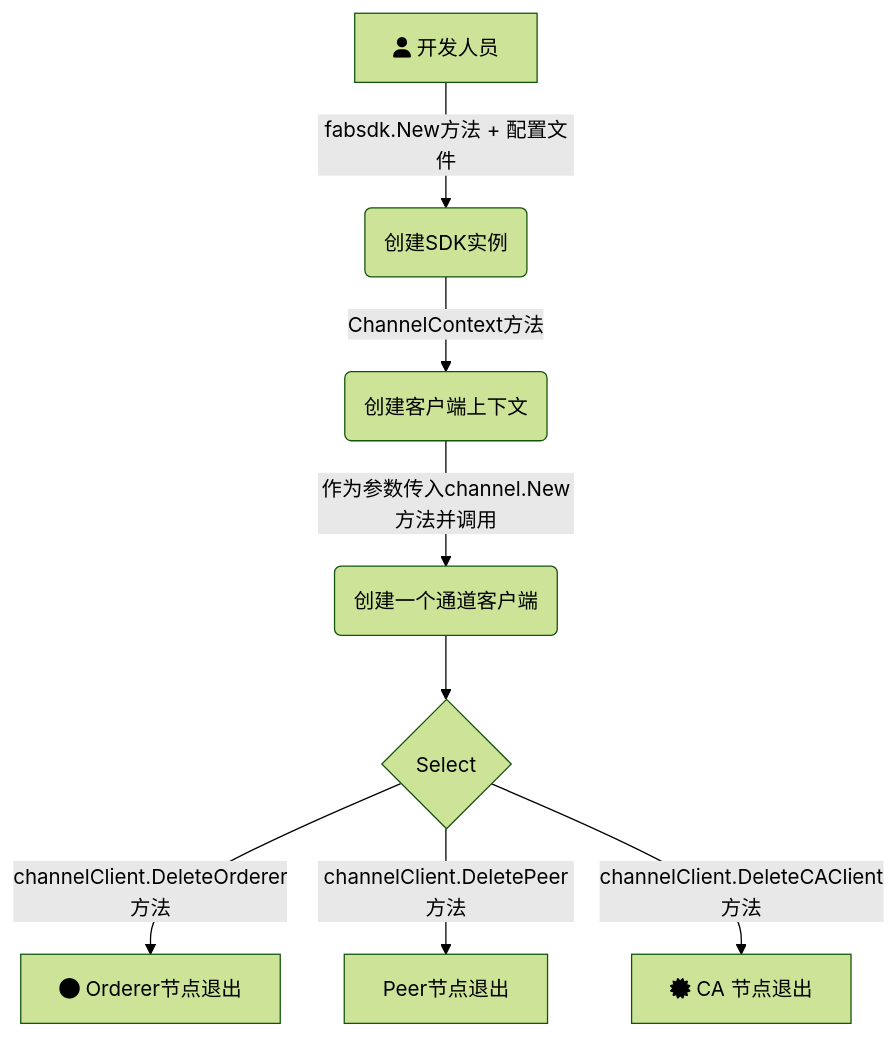
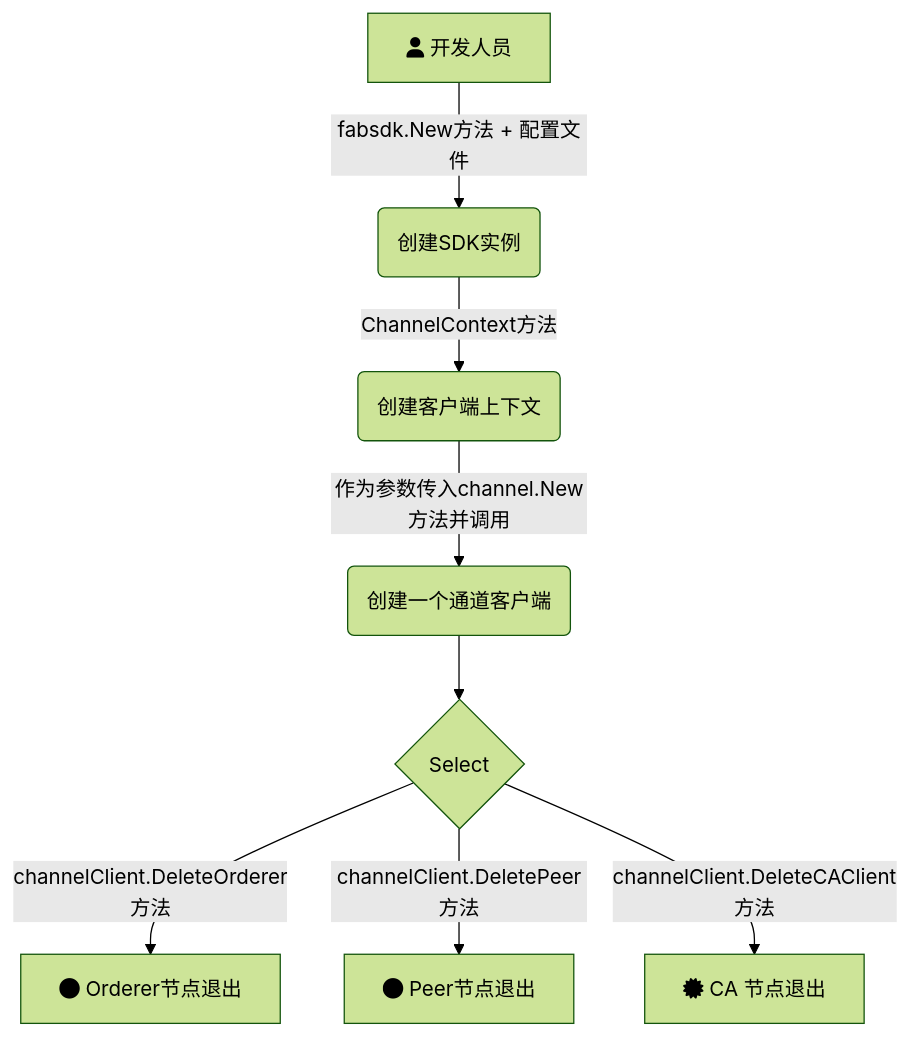
Before and after one commit to Utekichan/iodraw-files: the diagram in all/未命名.md, drawn with Mermaid (forest theme).

Commit message:
2024-03-30 22:34:38 update

````diff
--- a/all/未命名.md
+++ b/all/未命名.md
@@ -1,11 +1,11 @@
 ```mermaid
 graph TD
     A[fa:fa-user 开发人员] -->|fabsdk.New方法 + 配置文件| B(创建SDK实例)
     B-->|ChannelContext方法| C(创建客户端上下文)
     C-->|作为参数传入channel.New方法并调用| D(创建一个通道客户端)
     D --> E{Select}
     E -->|channelClient.DeleteOrderer方法| F[fa:fa-circle Orderer节点退出]
-    E -->|channelClient.DeletePeer方法| G[Peer节点退出]
+    E -->|channelClient.DeletePeer方法| G[fa:fa-circle Peer节点退出]
     E -->|channelClient.DeleteCAClient方法| H[fa:fa-certificate CA 节点退出]
   
 ```
````
